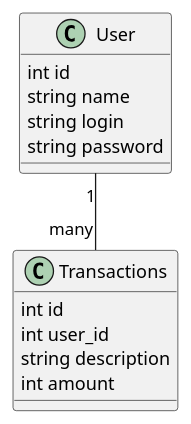
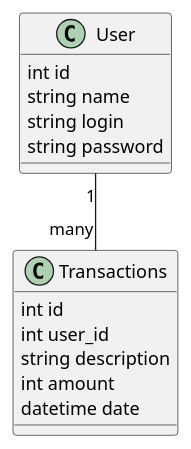
Before and after one commit to Palor91/coin-keeper: the diagram in db.puml, drawn with PlantUML. The commit also changed 7 other files, not shown here.

```diff
--- a/db.puml
+++ b/db.puml
@@ -1,19 +1,20 @@
 @startuml
 
 class User {
     int id
     string name
     string login
     string password
 }
 
 class Transactions {
     int id
     int user_id
     string description
     int amount
+    datetime date
 }
 
 User "1" -- "many" Transactions
 
 @enduml
```
